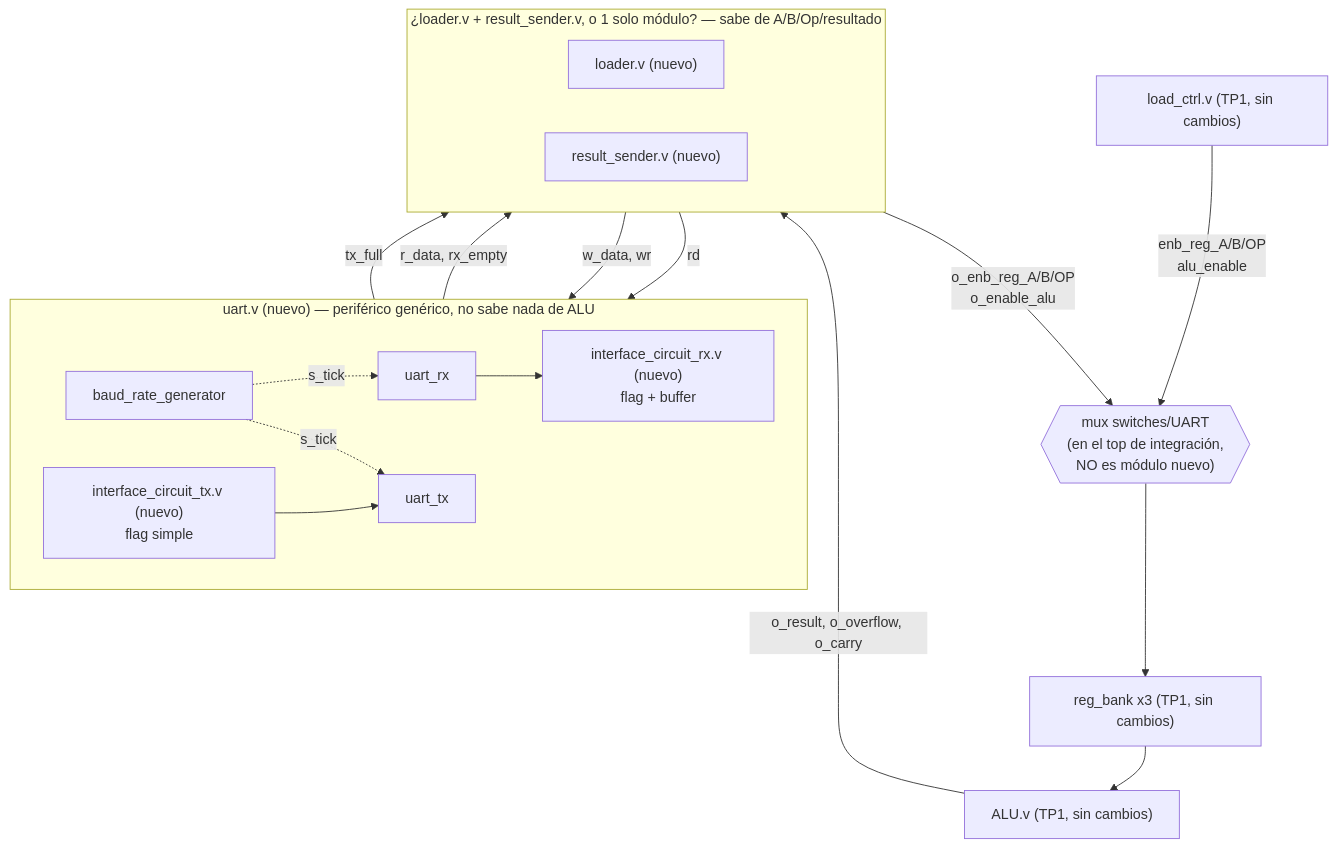
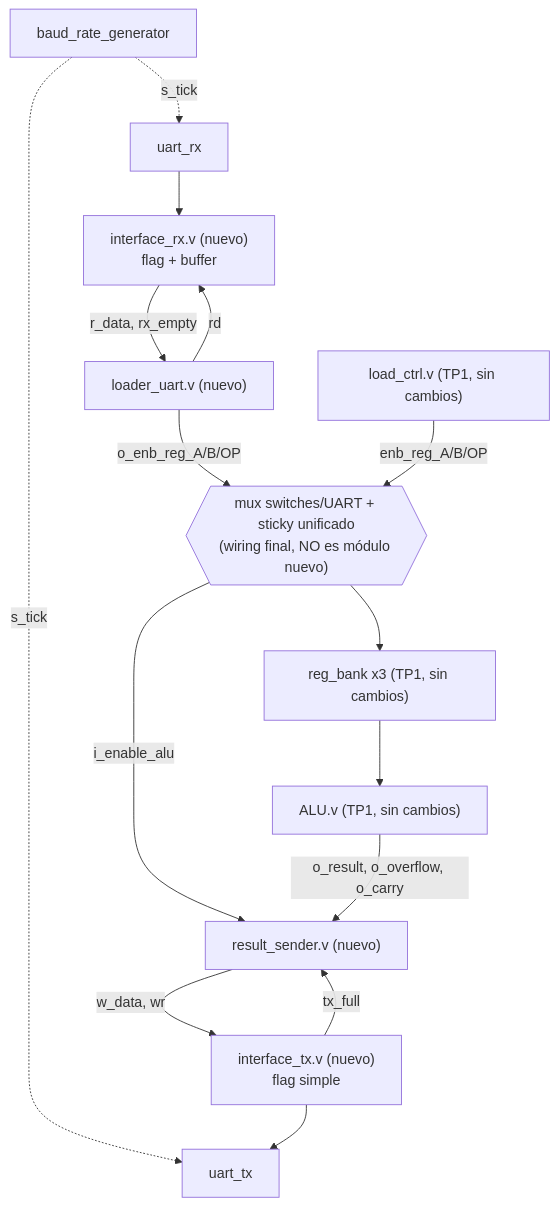
The eighth of 8 diagrams in TP2/README.md (wandamol1405/AdC-Tps), drawn with Mermaid before and after one commit. The commit also changed other lines of this file, not shown here.

Commit message:
Update README.md to clarify new module integration and architecture for UART communication

````diff
--- a/TP2/README.md
+++ b/TP2/README.md
@@ -219,32 +217,20 @@
 ```mermaid
 flowchart TB
-    subgraph U["uart.v (nuevo) — periférico genérico, no sabe nada de ALU"]
-        direction LR
-        BRG[baud_rate_generator]
-        RXM[uart_rx]
-        TXM[uart_tx]
-        IFCRX["interface_circuit_rx.v (nuevo)\nflag + buffer"]
-        IFCTX["interface_circuit_tx.v (nuevo)\nflag simple"]
-        BRG -.s_tick.-> RXM
-        BRG -.s_tick.-> TXM
-        RXM --> IFCRX
-        IFCTX --> TXM
-    end
+    BRG[baud_rate_generator] -.s_tick.-> RXM[uart_rx]
+    BRG -.s_tick.-> TXM[uart_tx]
 
-    subgraph B["¿loader.v + result_sender.v, o 1 solo módulo? — sabe de A/B/Op/resultado"]
-        direction LR
-        LOADER["loader.v (nuevo)"]
-        SENDER["result_sender.v (nuevo)"]
-    end
+    RXM --> IFCRX["interface_rx.v (nuevo)\nflag + buffer"]
+    IFCTX["interface_tx.v (nuevo)\nflag simple"] --> TXM
 
-    IFCRX -- "r_data, rx_empty" --> LOADER
+    IFCRX -- "r_data, rx_empty" --> LOADER["loader_uart.v (nuevo)"]
     LOADER -- rd --> IFCRX
-    SENDER -- "w_data, wr" --> IFCTX
+    SENDER["result_sender.v (nuevo)"] -- "w_data, wr" --> IFCTX
     IFCTX -- tx_full --> SENDER
 
-    LOADER -- "o_enb_reg_A/B/OP\no_enable_alu" --> MUX{{"mux switches/UART\n(en el top de integración,\nNO es módulo nuevo)"}}
-    LC["load_ctrl.v (TP1, sin cambios)"] -- "enb_reg_A/B/OP\nalu_enable" --> MUX
+    LOADER -- "o_enb_reg_A/B/OP" --> MUX{{"mux switches/UART + sticky unificado\n(wiring final, NO es módulo nuevo)"}}
+    LC["load_ctrl.v (TP1, sin cambios)"] -- "enb_reg_A/B/OP" --> MUX
+    MUX -- "i_enable_alu" --> SENDER
     MUX --> RB["reg_bank x3 (TP1, sin cambios)"]
     RB --> ALU["ALU.v (TP1, sin cambios)"]
     ALU -- "o_result, o_overflow, o_carry" --> SENDER
 ```
````
